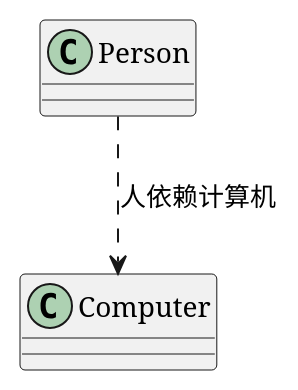
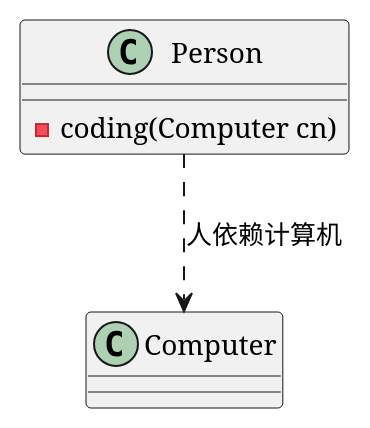
Before and after one commit to syllr/leanring_notes: the diagram in 技术分享/设计模式分享/类图/依赖关系类图.puml, drawn with PlantUML. The commit also changed 25 other files, not shown here.

```diff
--- a/技术分享/设计模式分享/类图/依赖关系类图.puml
+++ b/技术分享/设计模式分享/类图/依赖关系类图.puml
@@ -1,9 +1,10 @@
 @startuml
 class Person{
+    -coding(Computer cn)
 }
 
 class Computer{
 }
 
 Person ..> Computer : 人依赖计算机
 @enduml
```
